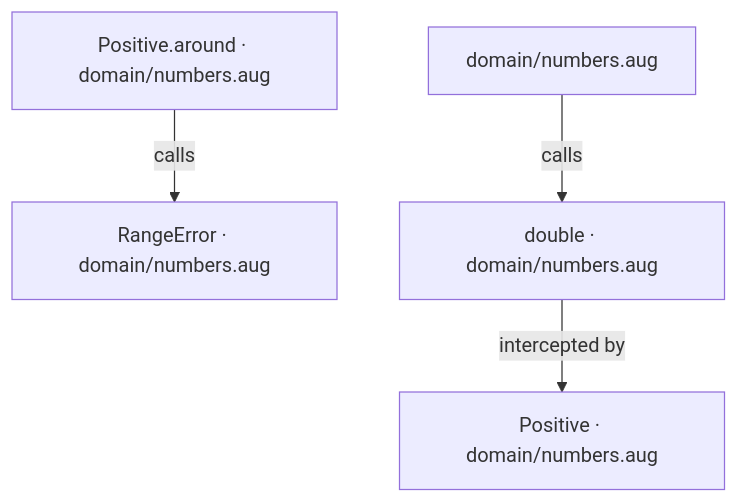
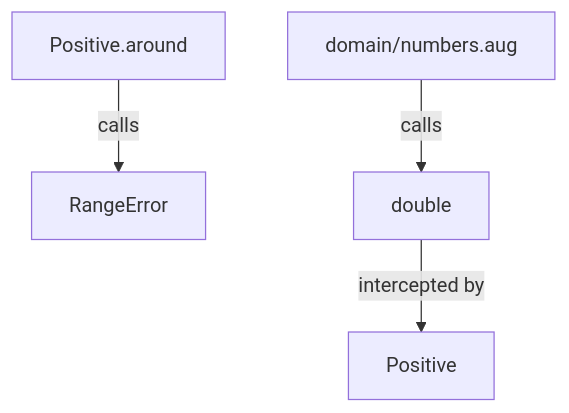
The second of 3 diagrams in docs/examples/approved-design/domain/numbers-diagrams.md (GreenPandaStudios/augscript), drawn with Mermaid before and after one commit. The commit also changed other lines of this file and 524 other files, not shown here.

Commit message:
Explain checked data flow at folder and service levels

````diff
--- a/docs/examples/approved-design/domain/numbers-diagrams.md
+++ b/docs/examples/approved-design/domain/numbers-diagrams.md
@@ -30,11 +29,11 @@
 ```mermaid
 flowchart TD
-    n0["Positive · domain/numbers.aug"]
-    n1["Positive.around · domain/numbers.aug"]
-    n2["RangeError · domain/numbers.aug"]
-    n3["double · domain/numbers.aug"]
+    n0["Positive"]
+    n1["Positive.around"]
+    n2["RangeError"]
+    n3["double"]
     n4["domain/numbers.aug"]
     n1 -->|"calls"| n2
     n3 -->|"intercepted by"| n0
     n4 -->|"calls"| n3
 ```
````
